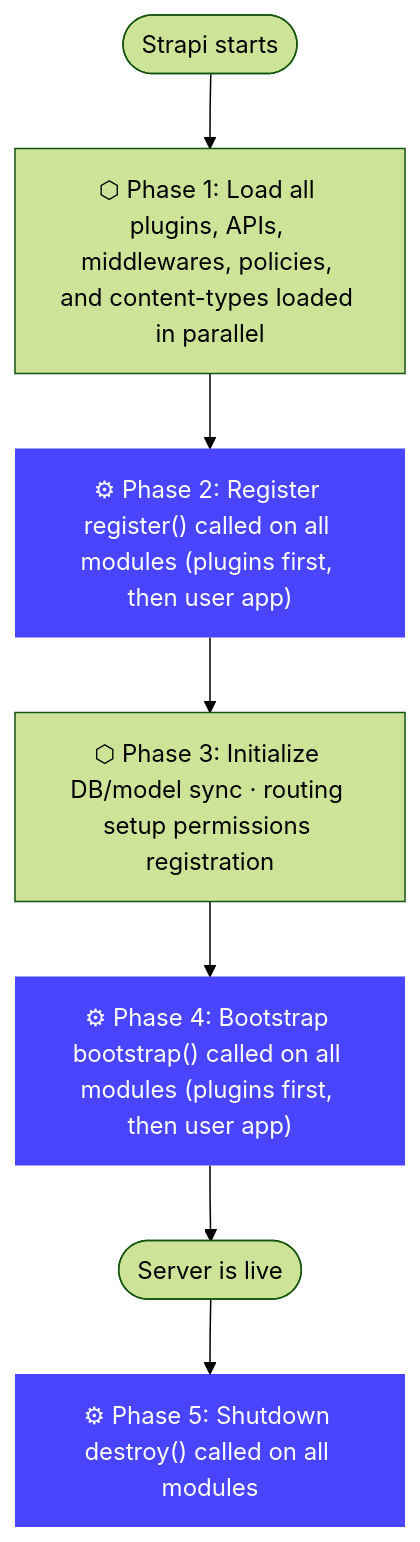
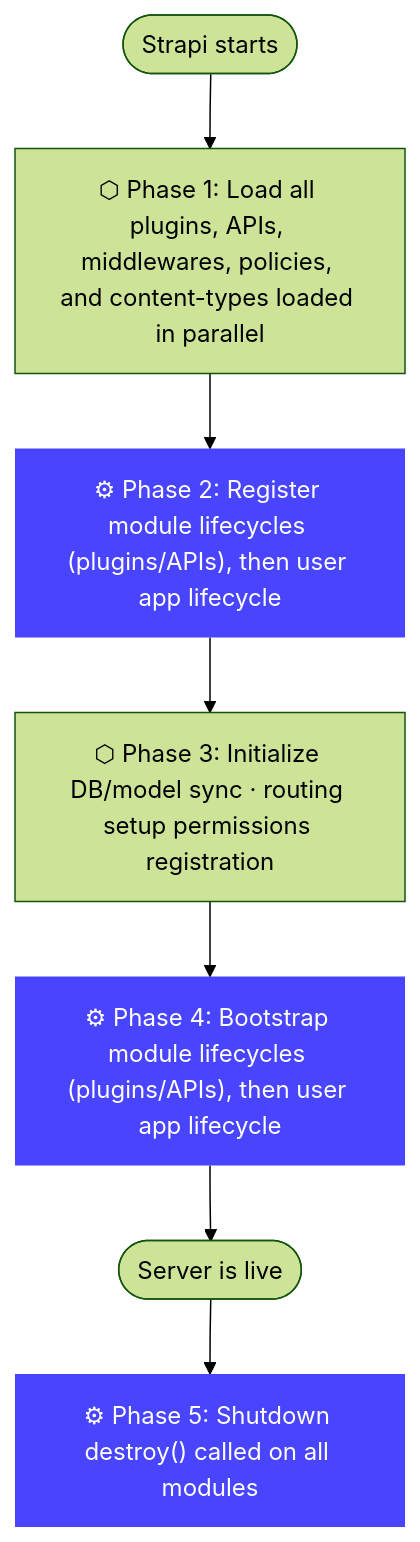
The diagram in docusaurus/static/diagrams/plugins-server-api-lifecycle.mmd (strapi/documentation), drawn with Mermaid (forest theme) before and after one commit. The commit also changed 2 other files, not shown here.

Commit message:
Fix lifecycle diagrams

```diff
--- a/docusaurus/static/diagrams/plugins-server-api-lifecycle.mmd
+++ b/docusaurus/static/diagrams/plugins-server-api-lifecycle.mmd
@@ -1,21 +1,21 @@
 flowchart TD
     A([Strapi starts]) --> B
 
     B["⬡ Phase 1: Load all plugins, APIs, middlewares, policies, and content-types loaded in parallel"]
     B --> C
 
-    C["⚙ Phase 2: Register register() called on all modules (plugins first, then user app)"]:::highlight
+    C["⚙ Phase 2: Register module lifecycles (plugins/APIs), then user app lifecycle"]:::highlight
     C --> D
 
     D["⬡ Phase 3: Initialize DB/model sync · routing setup permissions registration"]
     D --> E
 
-    E["⚙ Phase 4: Bootstrap bootstrap() called on all modules (plugins first, then user app)"]:::highlight
+    E["⚙ Phase 4: Bootstrap module lifecycles (plugins/APIs), then user app lifecycle"]:::highlight
     E --> F
 
     F([Server is live])
     F --> G
 
     G["⚙ Phase 5: Shutdown destroy() called on all modules"]:::highlight
 
     classDef highlight fill:#4945FF,color:#fff,stroke:none
```
